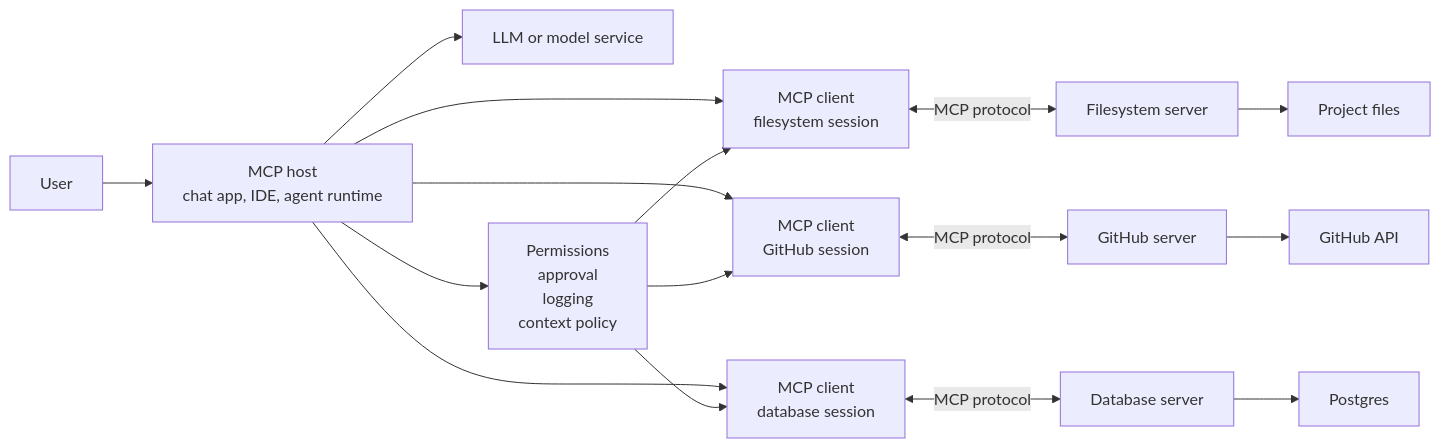
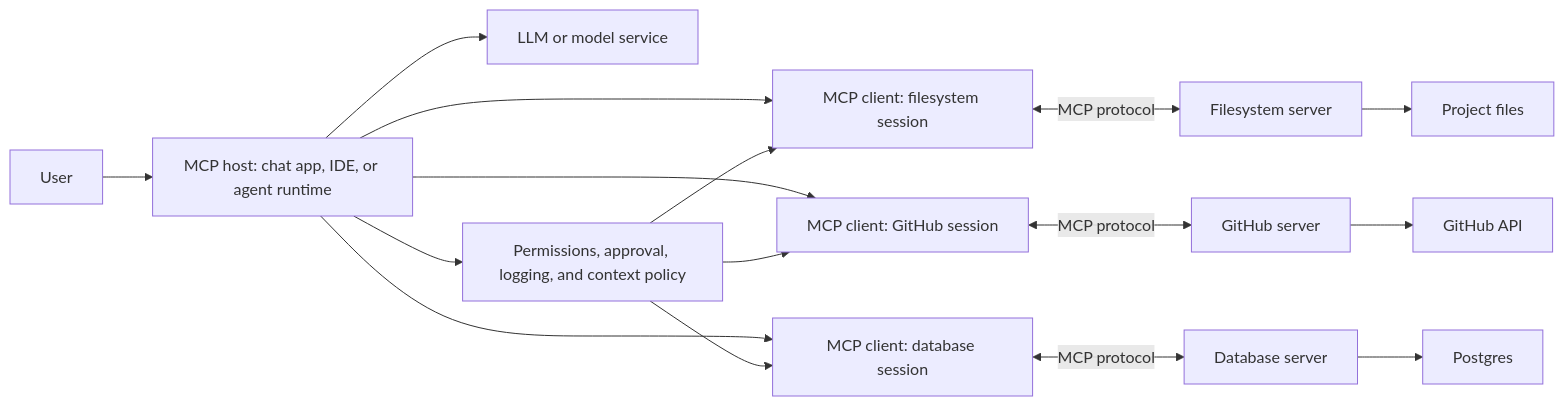
One commit to AceronX/ai-agent-roadmap changed the first of 6 diagrams in docs/stages/06-mcp/mcp-hosts-clients-servers/index.md. Above: the diagram before and after it, drawn with Mermaid. The commit also changed other lines of this file, not shown here.

Commit message:
fea: mcp hosts and clients

````diff
--- a/docs/stages/06-mcp/mcp-hosts-clients-servers/index.md
+++ b/docs/stages/06-mcp/mcp-hosts-clients-servers/index.md
@@ -106,22 +106,22 @@
 ```mermaid
 flowchart LR
-    U[User] --> H[MCP host<br/>chat app, IDE, agent runtime]
-    H --> M[LLM or model service]
+    U["User"] --> H["MCP host: chat app, IDE, or agent runtime"]
+    H --> M["LLM or model service"]
 
-    H --> C1[MCP client<br/>filesystem session]
-    H --> C2[MCP client<br/>GitHub session]
-    H --> C3[MCP client<br/>database session]
+    H --> C1["MCP client: filesystem session"]
+    H --> C2["MCP client: GitHub session"]
+    H --> C3["MCP client: database session"]
 
-    C1 <-->|MCP protocol| S1[Filesystem server]
-    C2 <-->|MCP protocol| S2[GitHub server]
-    C3 <-->|MCP protocol| S3[Database server]
+    C1 <-->|MCP protocol| S1["Filesystem server"]
+    C2 <-->|MCP protocol| S2["GitHub server"]
+    C3 <-->|MCP protocol| S3["Database server"]
 
-    S1 --> X1[Project files]
-    S2 --> X2[GitHub API]
-    S3 --> X3[Postgres]
+    S1 --> X1["Project files"]
+    S2 --> X2["GitHub API"]
+    S3 --> X3["Postgres"]
 
-    H --> G[Permissions<br/>approval<br/>logging<br/>context policy]
+    H --> G["Permissions, approval, logging, and context policy"]
     G --> C1
     G --> C2
     G --> C3
 ```
````
